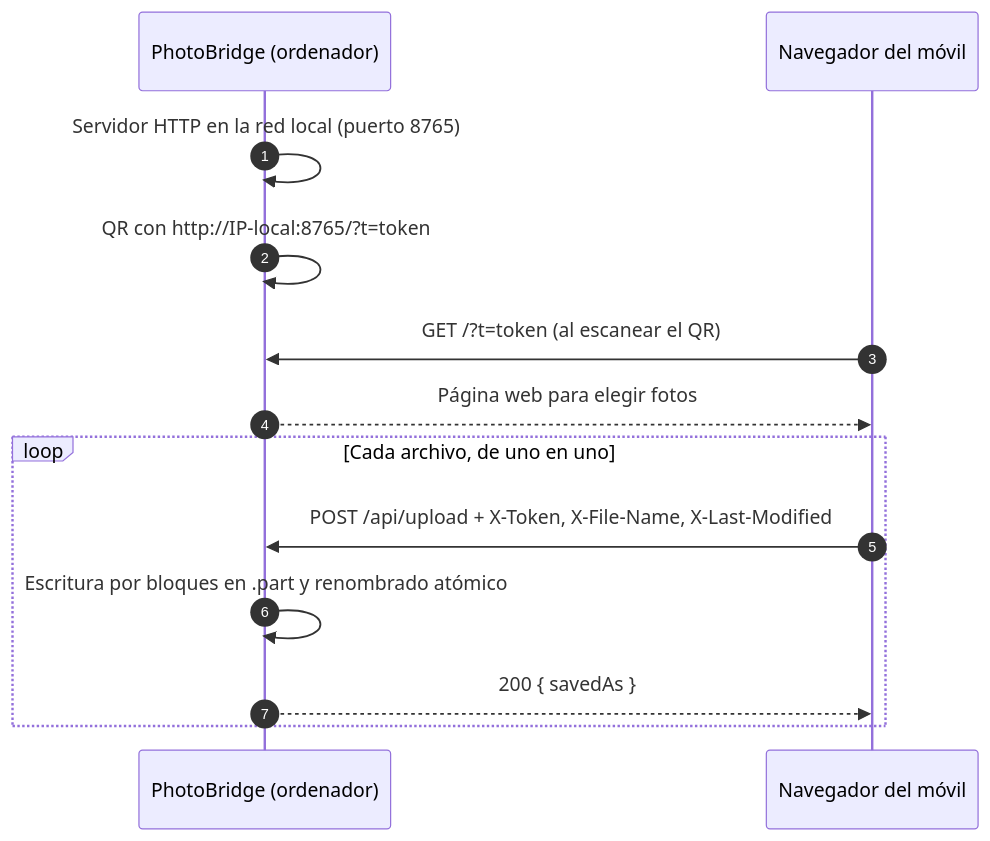
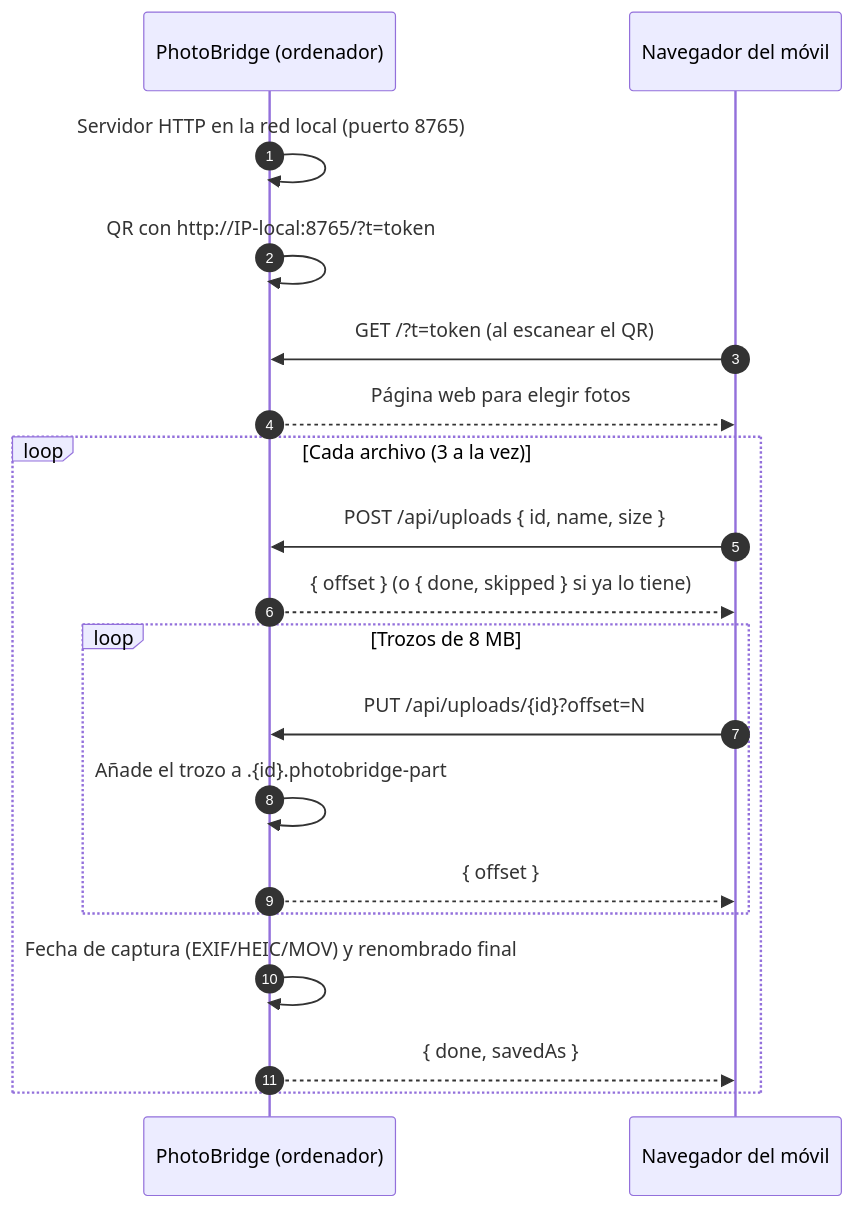
Before and after one commit to Ivanrr462/PhotoBridge: the diagram in README.md, drawn with Mermaid. The commit also changed other lines of this file and 18 other files, not shown here.

````diff
--- a/README.md
+++ b/README.md
@@ -99,15 +111,21 @@
 ```mermaid
 sequenceDiagram
     autonumber
     participant PC as PhotoBridge (ordenador)
     participant M as Navegador del móvil
     PC->>PC: Servidor HTTP en la red local (puerto 8765)
     PC->>PC: QR con http://IP-local:8765/?t=token
     M->>PC: GET /?t=token (al escanear el QR)
     PC-->>M: Página web para elegir fotos
-    loop Cada archivo, de uno en uno
-        M->>PC: POST /api/upload + X-Token, X-File-Name, X-Last-Modified
-        PC->>PC: Escritura por bloques en .part y renombrado atómico
-        PC-->>M: 200 { savedAs }
+    loop Cada archivo (3 a la vez)
+        M->>PC: POST /api/uploads { id, name, size }
+        PC-->>M: { offset } (o { done, skipped } si ya lo tiene)
+        loop Trozos de 8 MB
+            M->>PC: PUT /api/uploads/{id}?offset=N
+            PC->>PC: Añade el trozo a .{id}.photobridge-part
+            PC-->>M: { offset }
+        end
+        PC->>PC: Fecha de captura (EXIF/HEIC/MOV) y renombrado final
+        PC-->>M: { done, savedAs }
     end
 ```
````
